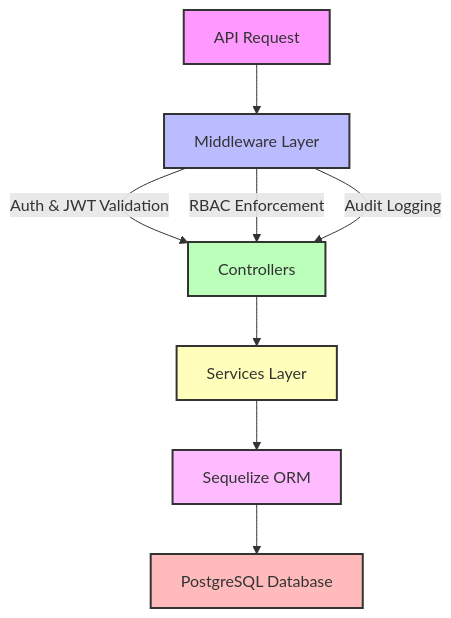
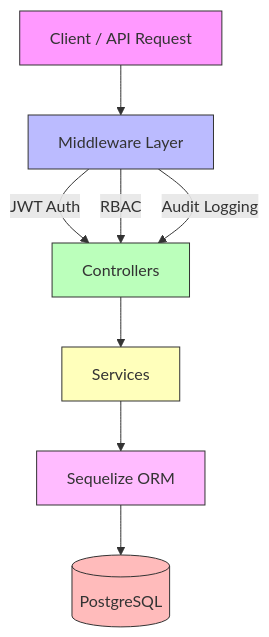
The diagram in README.md (olubusade/emr-suite-backend), drawn with Mermaid before and after one commit. The commit also changed other lines of this file and 24 other files, not shown here.

````diff
--- a/README.md
+++ b/README.md
@@ -70,17 +68,17 @@
 ```mermaid
 flowchart TD
-    A[API Request] --> B[Middleware Layer]
-    B -->|Auth & JWT Validation| C[Controllers]
-    B -->|RBAC Enforcement| C
+    A[Client / API Request] --> B[Middleware Layer]
+    B -->|JWT Auth| C[Controllers]
+    B -->|RBAC| C
     B -->|Audit Logging| C
-    C --> D[Services Layer]
+    C --> D[Services]
     D --> E[Sequelize ORM]
-    E --> F[PostgreSQL Database]
+    E --> F[(PostgreSQL)]
 
-    style A fill:#f9f,stroke:#333,stroke-width:2px
-    style B fill:#bbf,stroke:#333,stroke-width:2px
-    style C fill:#bfb,stroke:#333,stroke-width:2px
-    style D fill:#ffb,stroke:#333,stroke-width:2px
-    style E fill:#fbf,stroke:#333,stroke-width:2px
-    style F fill:#fbb,stroke:#333,stroke-width:2px
+    style A fill:#f9f,stroke:#333,stroke-width:1px
+    style B fill:#bbf,stroke:#333,stroke-width:1px
+    style C fill:#bfb,stroke:#333,stroke-width:1px
+    style D fill:#ffb,stroke:#333,stroke-width:1px
+    style E fill:#fbf,stroke:#333,stroke-width:1px
+    style F fill:#fbb,stroke:#333,stroke-width:1px
 ```
````
